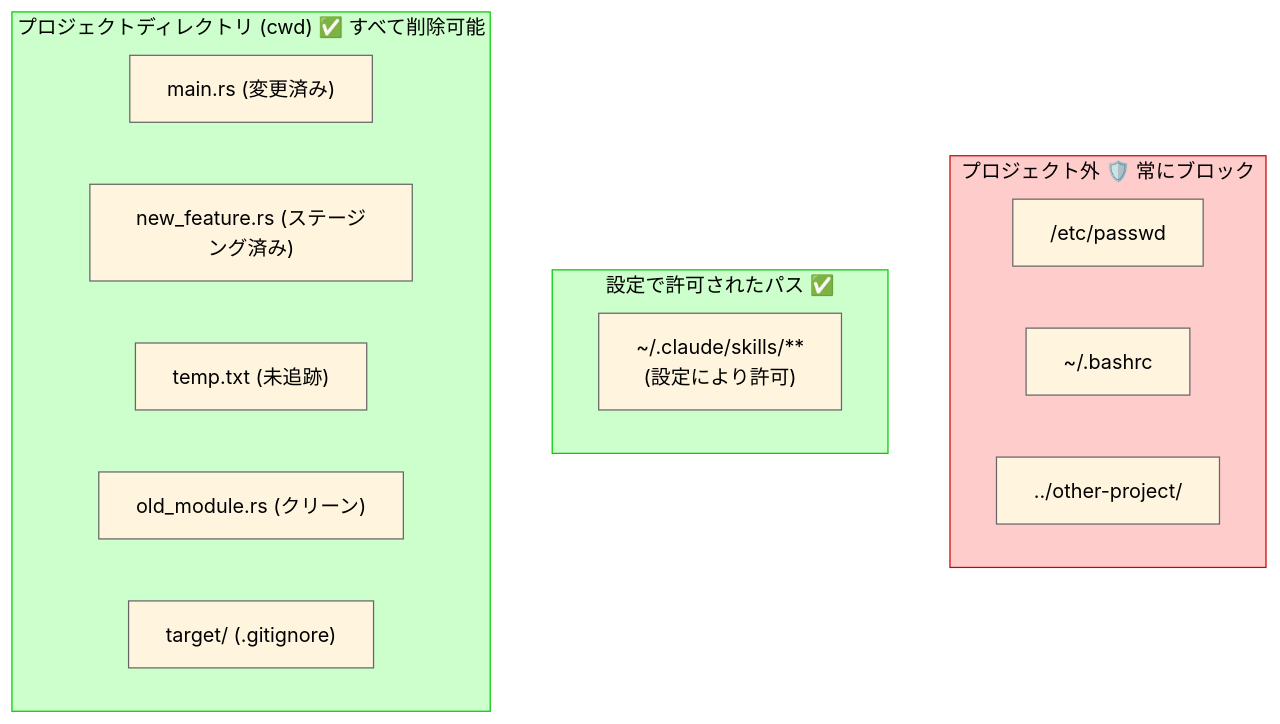
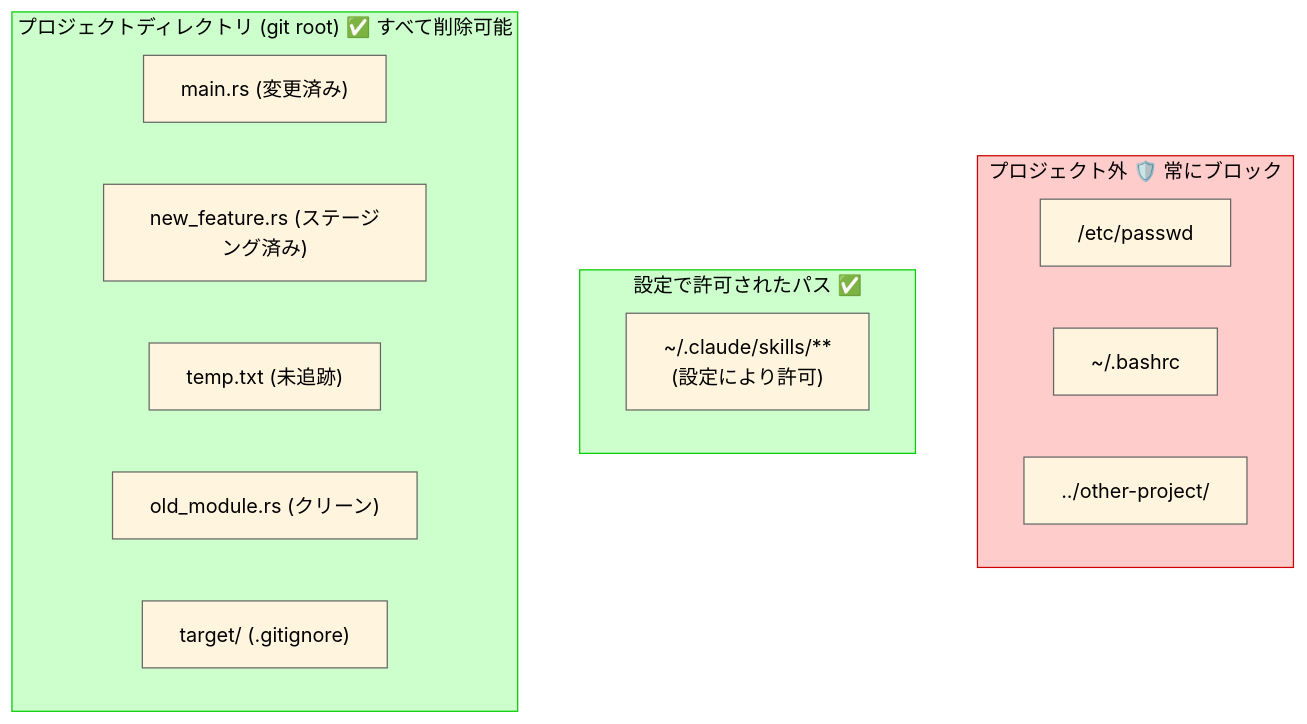
One commit to owayo/safe-rm changed the second of 3 diagrams in README.ja.md. Above: the diagram before and after it, drawn with Mermaid. The commit also changed other lines of this file and 9 other files, not shown here.

````diff
--- a/README.ja.md
+++ b/README.ja.md
@@ -185,25 +185,25 @@
 ```mermaid
 %%{init: {'theme': 'base', 'themeVariables': { 'lineColor': '#666666', 'primaryTextColor': '#000000', 'primaryBorderColor': '#666666' }}}%%
 flowchart TB
     subgraph outside["プロジェクト外 🛡️ 常にブロック"]
         etc["/etc/passwd"]
         home["~/.bashrc"]
         other["../other-project/"]
     end
 
     subgraph allowed["設定で許可されたパス ✅"]
         skills["~/.claude/skills/**<br/>(設定により許可)"]
     end
 
-    subgraph project["プロジェクトディレクトリ (cwd) ✅ すべて削除可能"]
+    subgraph project["プロジェクトディレクトリ (git root) ✅ すべて削除可能"]
         modified["main.rs (変更済み)"]
         staged["new_feature.rs (ステージング済み)"]
         untracked["temp.txt (未追跡)"]
         clean["old_module.rs (クリーン)"]
         ignored["target/ (.gitignore)"]
     end
 
     style outside fill:#ffcccc,stroke:#cc0000,color:#000000
     style allowed fill:#ccffcc,stroke:#00cc00,color:#000000
     style project fill:#ccffcc,stroke:#00cc00,color:#000000
 ```
````
